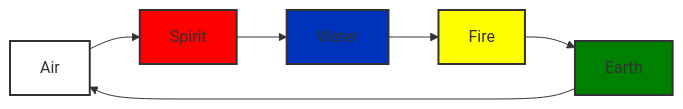
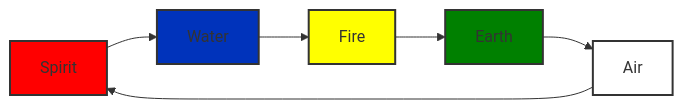
The diagram in content/affinity.md (rebuildeq/web), drawn with Mermaid before and after one commit. The commit also changed other lines of this file, not shown here.

```diff
--- a/content/affinity.md
+++ b/content/affinity.md
@@ -10,20 +10,20 @@
 {{<mermaid>}}
 graph LR;
-    Air --> Spirit;
     Spirit --> Water;
     Water --> Fire;
     Fire --> Earth;
     Earth --> Air;
+    Air --> Spirit;
 
     classDef spiritClass fill:#FF0000,stroke:#333,stroke-width:2px;
     classDef waterClass fill:#0033BB,stroke:#333,stroke-width:2px;
     classDef fireClass fill:#FFFF00,stroke:#333,stroke-width:2px;
     classDef earthClass fill:#008000,stroke:#333,stroke-width:2px;
     classDef airClass fill:#FFFFFF,stroke:#333,stroke-width:2px;
 
     class Spirit spiritClass;
     class Water waterClass;
     class Fire fireClass;
     class Earth earthClass;
     class Air airClass;
 {{</mermaid>}}
```
